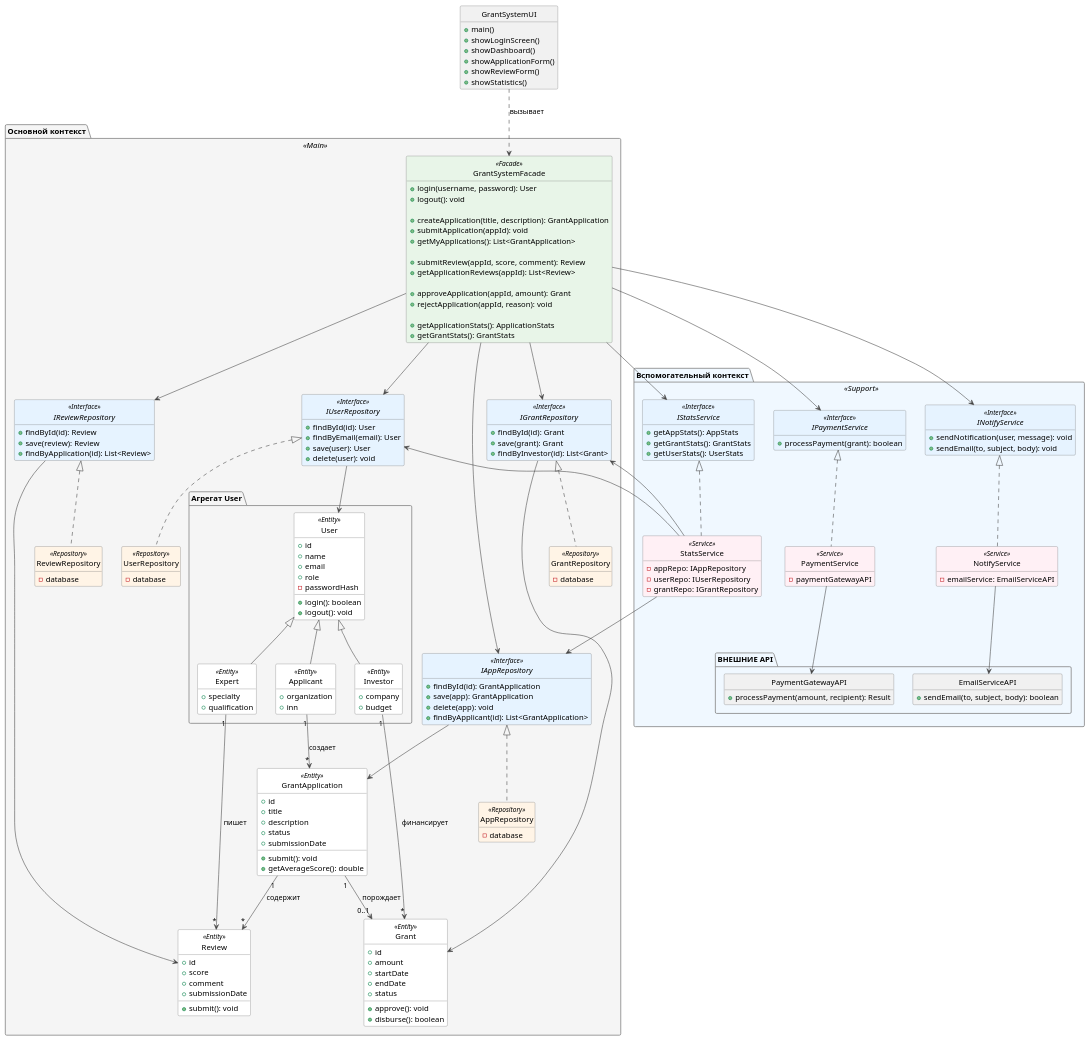
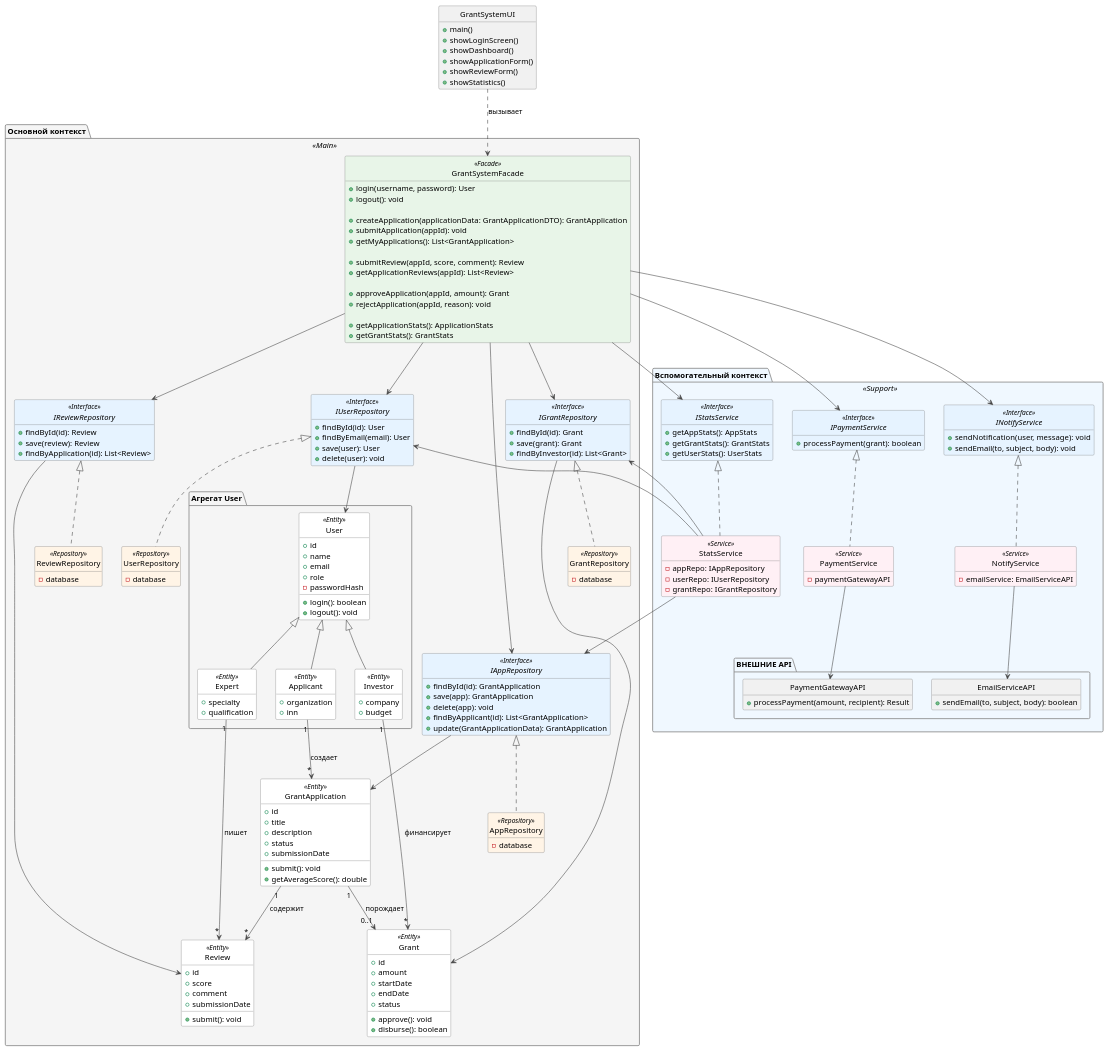
The diagram in Диаграмма предментой области (диаграмма классов).md (penamarth/bsbo-02-23_team6_var9_techexp), drawn with PlantUML before and after one commit. The commit also changed 1 other file, not shown here.

Commit message:
feat: Управление заявкой

```diff
--- a/Диаграмма предментой области (диаграмма классов).md
+++ b/Диаграмма предментой области (диаграмма классов).md
@@ -39,7 +39,7 @@
     + logout(): void
     
     ' Заявки
-    + createApplication(title, description): GrantApplication
+    + createApplication(applicationData: GrantApplicationDTO): GrantApplication
     + submitApplication(appId): void
     + getMyApplications(): List<GrantApplication>
     
@@ -69,6 +69,7 @@
     + save(app): GrantApplication
     + delete(app): void
     + findByApplicant(id): List<GrantApplication>
+    + update(GrantApplicationData): GrantApplication
   }
   
   interface IReviewRepository <<Interface>> {
```
